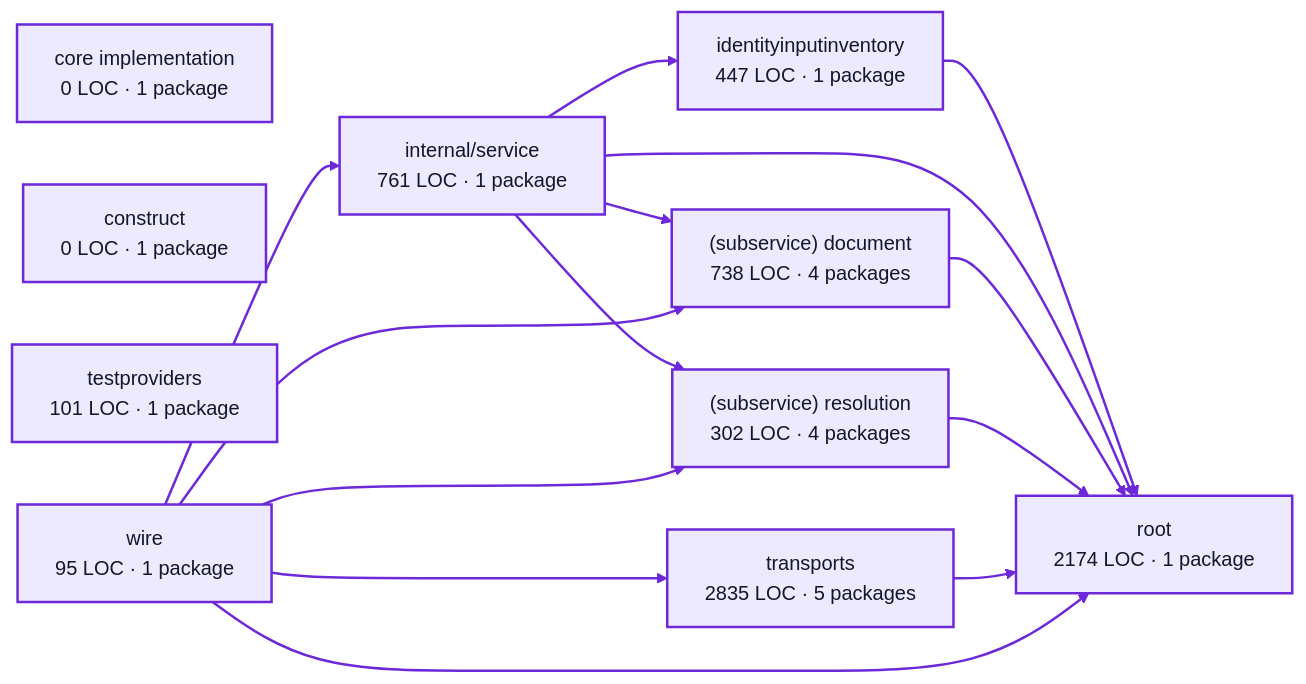
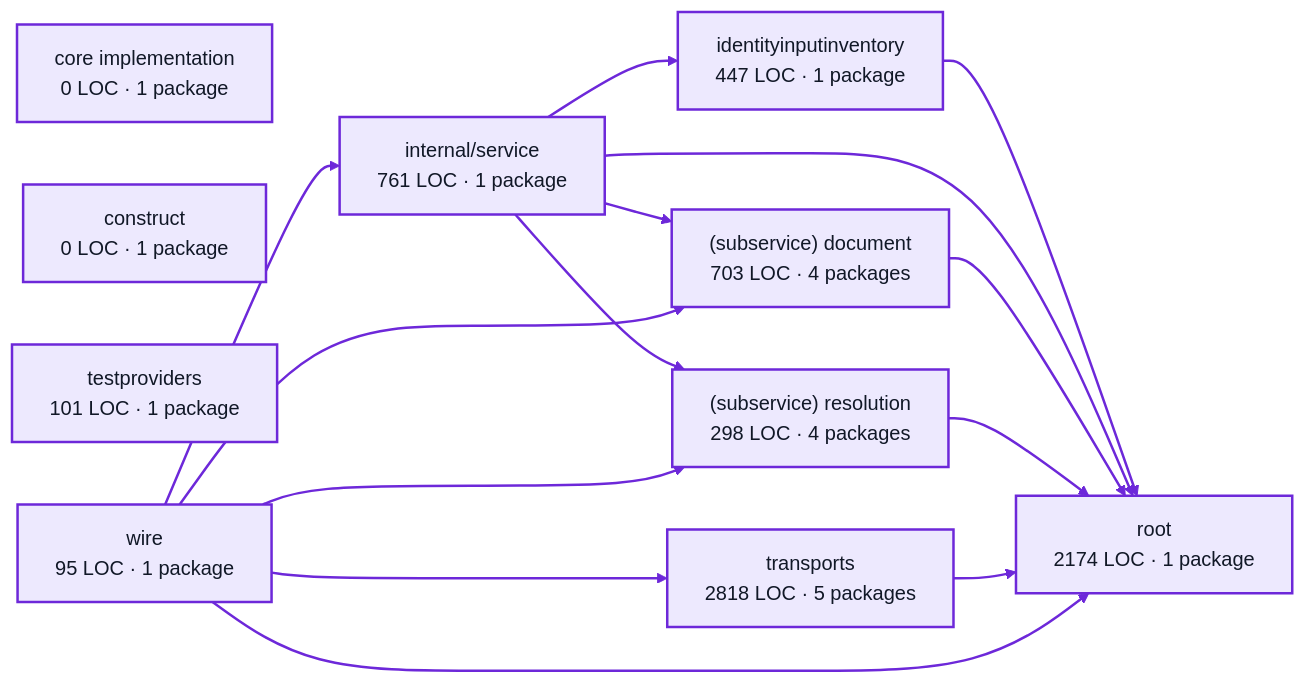
The diagram in docs/architecture/visualizations/services/operator_settings.md (portpowered/you-agent-factory), drawn with Mermaid before and after one commit. The commit also changed other lines of this file and 20 other files, not shown here.

Commit message:
docs: refresh backend architecture visualizations

````diff
--- a/docs/architecture/visualizations/services/operator_settings.md
+++ b/docs/architecture/visualizations/services/operator_settings.md
@@ -11,37 +11,37 @@
 ```mermaid
 flowchart LR
   p0["core implementation<br/>0 LOC · 1 package"]
   p1["construct<br/>0 LOC · 1 package"]
   p2["identityinputinventory<br/>447 LOC · 1 package"]
   p3["internal/service<br/>761 LOC · 1 package"]
-  p4["(subservice) document<br/>738 LOC · 4 packages"]
-  p5["(subservice) resolution<br/>302 LOC · 4 packages"]
+  p4["(subservice) document<br/>703 LOC · 4 packages"]
+  p5["(subservice) resolution<br/>298 LOC · 4 packages"]
   p6["testproviders<br/>101 LOC · 1 package"]
   p7["root<br/>2174 LOC · 1 package"]
-  p8["transports<br/>2835 LOC · 5 packages"]
+  p8["transports<br/>2818 LOC · 5 packages"]
   p9["wire<br/>95 LOC · 1 package"]
   p2 --> p7
   p3 --> p2
   p3 --> p4
   p3 --> p5
   p3 --> p7
   p4 --> p7
   p5 --> p7
   p8 --> p7
   p9 --> p3
   p9 --> p4
   p9 --> p5
   p9 --> p7
   p9 --> p8
   style p0 fill:#ede9fe,stroke:#6d28d9,stroke-width:2px,color:#111827
   style p1 fill:#ede9fe,stroke:#6d28d9,stroke-width:2px,color:#111827
   style p2 fill:#ede9fe,stroke:#6d28d9,stroke-width:2px,color:#111827
   style p3 fill:#ede9fe,stroke:#6d28d9,stroke-width:2px,color:#111827
   style p4 fill:#ede9fe,stroke:#6d28d9,stroke-width:2px,color:#111827
   style p5 fill:#ede9fe,stroke:#6d28d9,stroke-width:2px,color:#111827
   style p6 fill:#ede9fe,stroke:#6d28d9,stroke-width:2px,color:#111827
   style p7 fill:#ede9fe,stroke:#6d28d9,stroke-width:2px,color:#111827
   style p8 fill:#ede9fe,stroke:#6d28d9,stroke-width:2px,color:#111827
   style p9 fill:#ede9fe,stroke:#6d28d9,stroke-width:2px,color:#111827
   linkStyle default stroke:#6d28d9,stroke-width:2px
 ```
````
